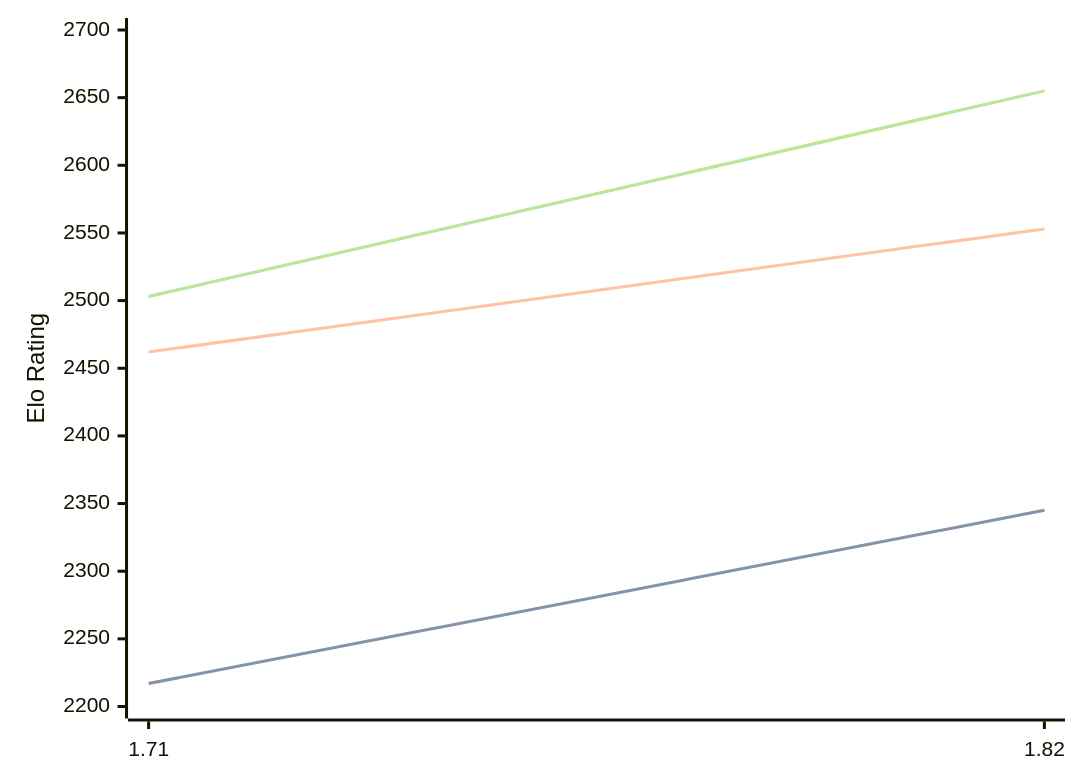
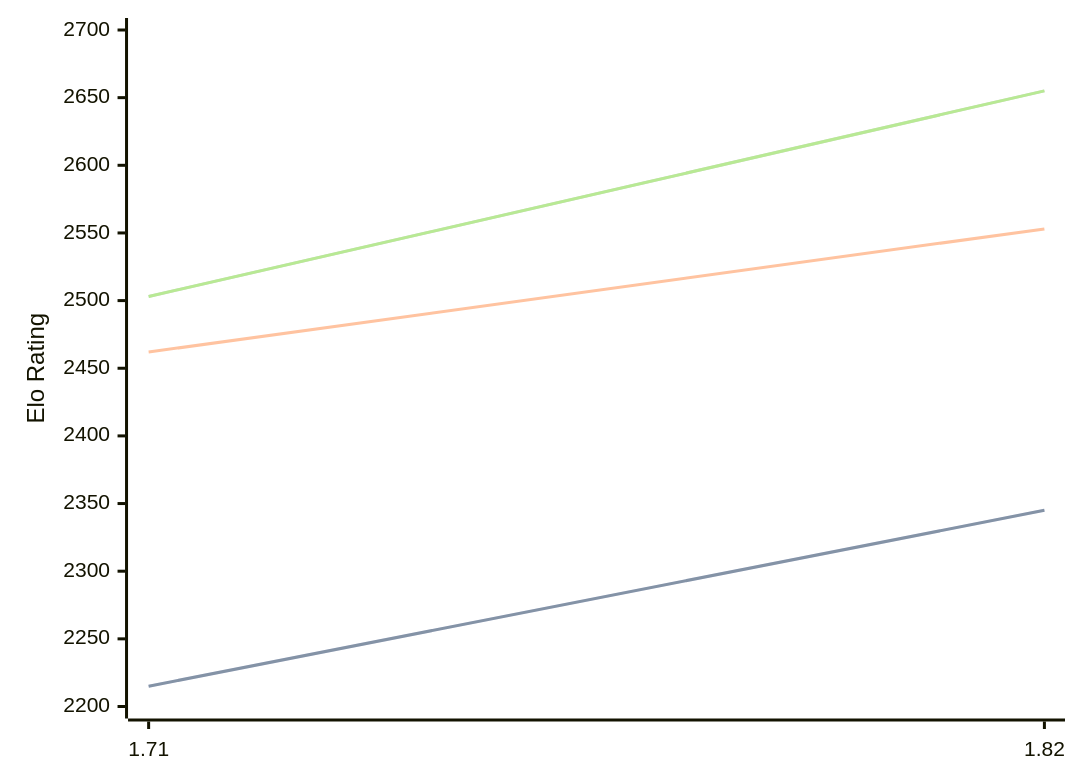
The diagram in engines/Amira.md (computer-chess-index/cci), drawn with Mermaid before and after one commit. The commit also changed other lines of this file, not shown here.

````diff
--- a/engines/Amira.md
+++ b/engines/Amira.md
@@ -35,11 +35,11 @@
 ```mermaid
 %%{init: {"theme":"base","themeVariables":{"seriesColors:['#a3a3a3','#222221','#faa371']}}}%%
 xychart-beta
   x-axis ["1.71", "1.82"]
   y-axis "Elo Rating" 2200 --> 2700
-  line "STC (8.0+0.08s)" [2217, 2345]
-  line "STC (8.0+0.08s)" [2217, 2345]
+  line "STC (8.0+0.08s)" [2215, 2345]
+  line "STC (8.0+0.08s)" [2215, 2345]
   line "LTC (60.0+0.60s)" [2462, 2553]
   line "VLTC (2m24s+1.12s)" [2503, 2655]
   line "VLTC (2m24s+1.12s)" [2503, 2655]
 ```
````
